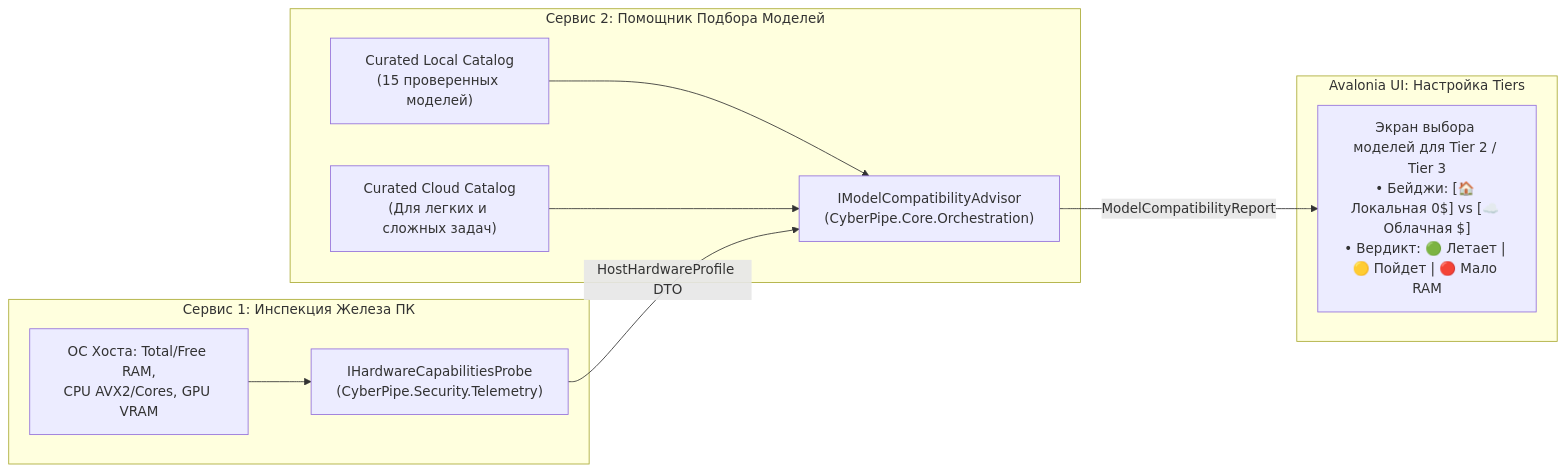
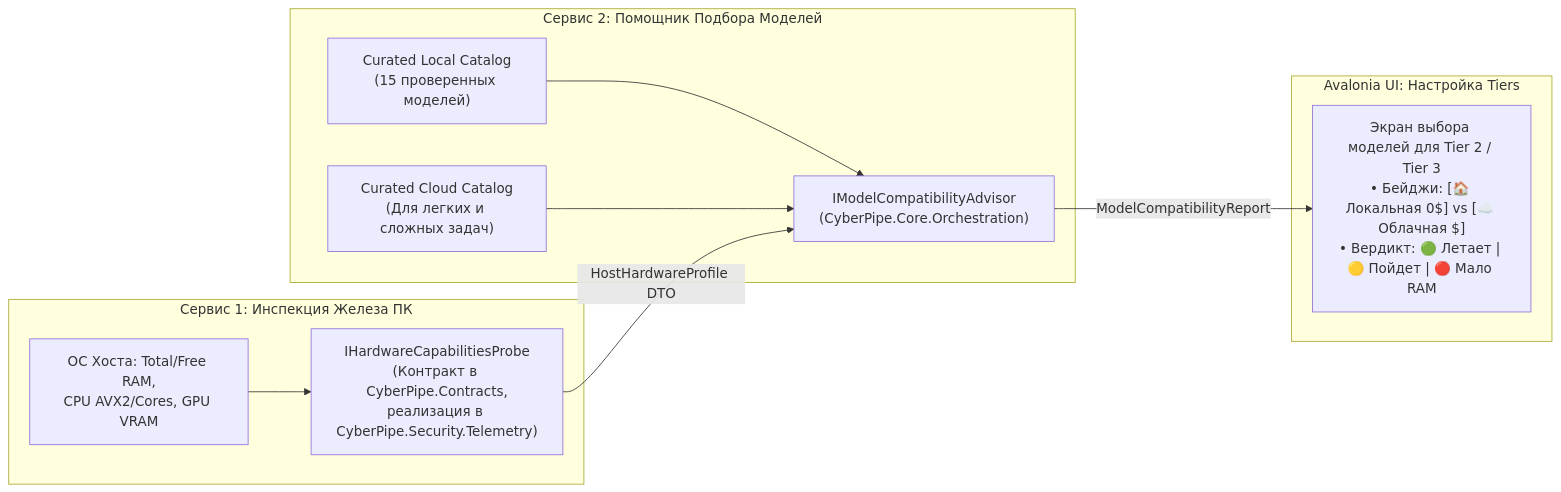
One commit to abberdeen/CyberPipe changed the diagram in docs/plans/13-model-advisor-and-tier-configuration.md. Above: the diagram before and after it, drawn with Mermaid. The commit also changed other lines of this file and 14 other files, not shown here.

First line of the commit message:
docs(plans): update architecture, agent mesh, and implementation planning docs

````diff
--- a/docs/plans/13-model-advisor-and-tier-configuration.md
+++ b/docs/plans/13-model-advisor-and-tier-configuration.md
@@ -44,23 +44,23 @@
 ```mermaid
 flowchart LR
     subgraph HardwareService ["Сервис 1: Инспекция Железа ПК"]
-        Probe["IHardwareCapabilitiesProbe<br/>(CyberPipe.Security.Telemetry)"]
+        Probe["IHardwareCapabilitiesProbe<br/>(Контракт в CyberPipe.Contracts,<br/>реализация в CyberPipe.Security.Telemetry)"]
         OS["ОС Хоста: Total/Free RAM,<br/>CPU AVX2/Cores, GPU VRAM"]
         OS --> Probe
     end
 
     subgraph AdvisorService ["Сервис 2: Помощник Подбора Моделей"]
         Advisor["IModelCompatibilityAdvisor<br/>(CyberPipe.Core.Orchestration)"]
         LocalCatalog["Curated Local Catalog<br/>(15 проверенных моделей)"]
         CloudCatalog["Curated Cloud Catalog<br/>(Для легких и сложных задач)"]
         LocalCatalog --> Advisor
         CloudCatalog --> Advisor
     end
 
     subgraph DesktopUI ["Avalonia UI: Настройка Tiers"]
         Selector["Экран выбора моделей для Tier 2 / Tier 3<br/>• Бейджи: [🏠 Локальная 0$] vs [☁️ Облачная $]<br/>• Вердикт: 🟢 Летает | 🟡 Пойдет | 🔴 Мало RAM"]
     end
 
     Probe -->|"HostHardwareProfile DTO"| Advisor
     Advisor -->|"ModelCompatibilityReport"| Selector
 ```
````
